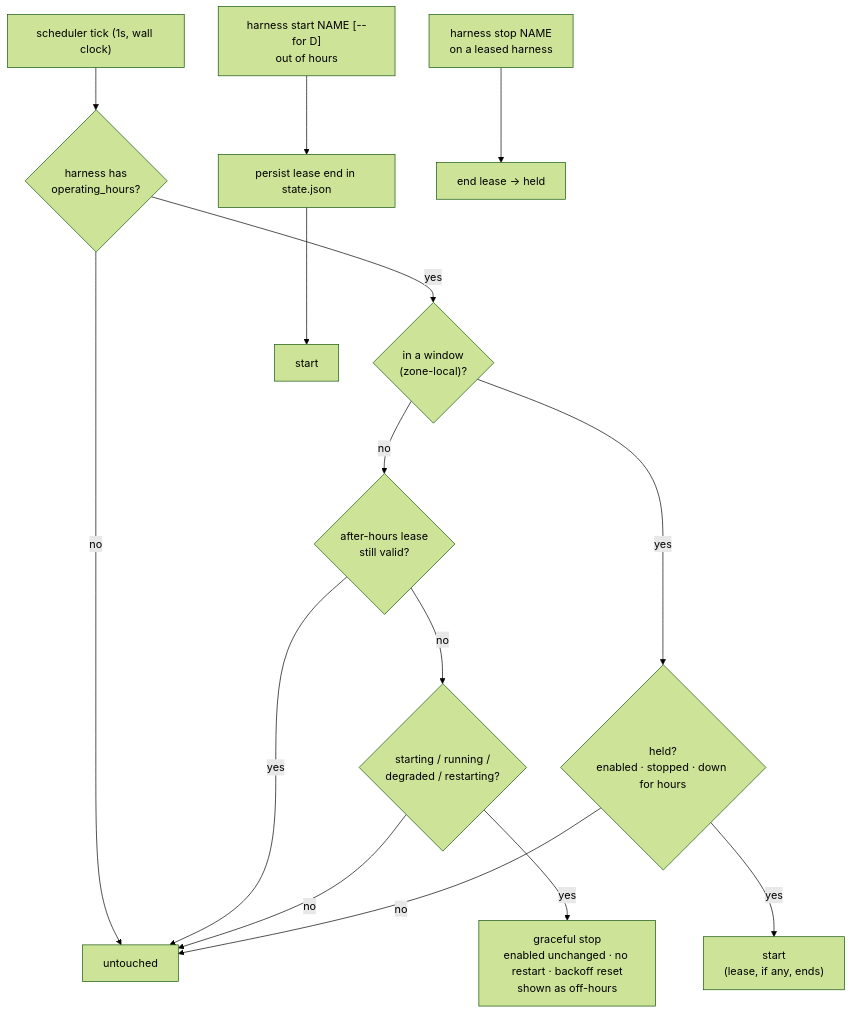
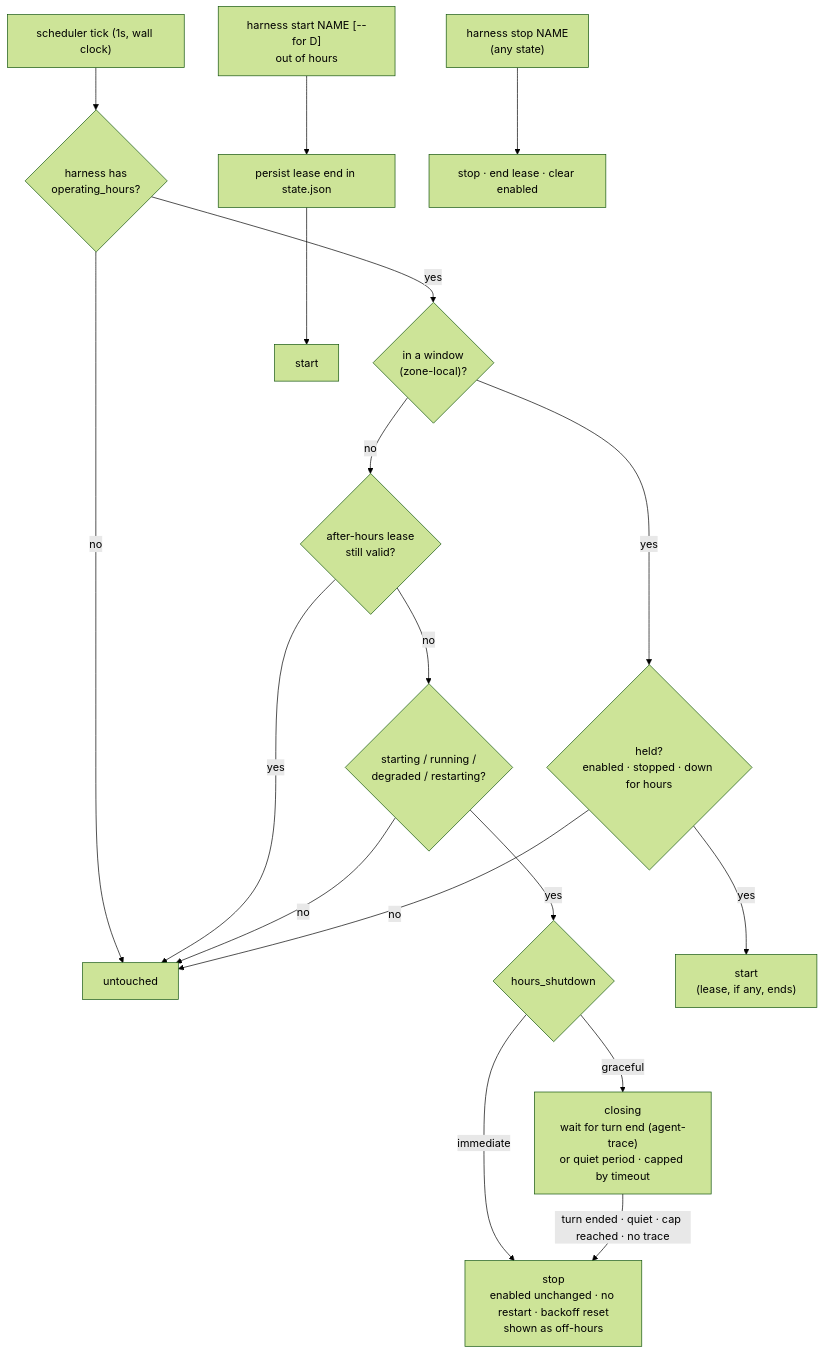
The diagram in docs/adrs/adr-0019-operating-hours.md (stump-wtf/harness), drawn with Mermaid (forest theme) before and after one commit. The commit also changed other lines of this file and 3 other files, not shown here.

First line of the commit message:
docs: graceful shutdown by default, and stop always clears enabled

````diff
--- a/docs/adrs/adr-0019-operating-hours.md
+++ b/docs/adrs/adr-0019-operating-hours.md
@@ -359,19 +437,22 @@
 ```mermaid
 flowchart TD
     TICK["scheduler tick (1s, wall clock)"] --> GATED{"harness has<br/>operating_hours?"}
     GATED -->|no| NOOP["untouched"]
     GATED -->|yes| IN{"in a window<br/>(zone-local)?"}
 
     IN -->|no| LEASE{"after-hours lease<br/>still valid?"}
     LEASE -->|yes| NOOP
     LEASE -->|no| UP{"starting / running /<br/>degraded / restarting?"}
-    UP -->|yes| HOLD["graceful stop<br/>enabled unchanged · no restart · backoff reset<br/>shown as off-hours"]
+    UP -->|yes| MODE{"hours_shutdown"}
+    MODE -->|immediate| HOLD["stop<br/>enabled unchanged · no restart · backoff reset<br/>shown as off-hours"]
+    MODE -->|graceful| CLOSING["closing<br/>wait for turn end (agent-trace)<br/>or quiet period · capped by timeout"]
+    CLOSING -->|"turn ended · quiet · cap reached · no trace"| HOLD
     UP -->|no| NOOP
 
     IN -->|yes| HELD{"held?<br/>enabled · stopped · down for hours"}
     HELD -->|yes| START["start<br/>(lease, if any, ends)"]
     HELD -->|no| NOOP
 
     OP["harness start NAME [--for D]<br/>out of hours"] --> WRITE["persist lease end in state.json"] --> START2["start"]
-    OPSTOP["harness stop NAME<br/>on a leased harness"] --> END["end lease → held"]
+    OPSTOP["harness stop NAME<br/>(any state)"] --> END["stop · end lease · clear enabled"]
 ```
````
